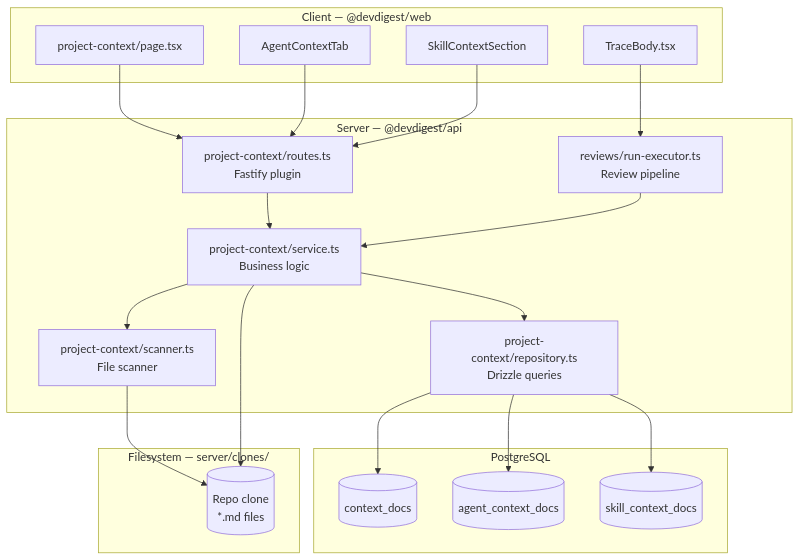
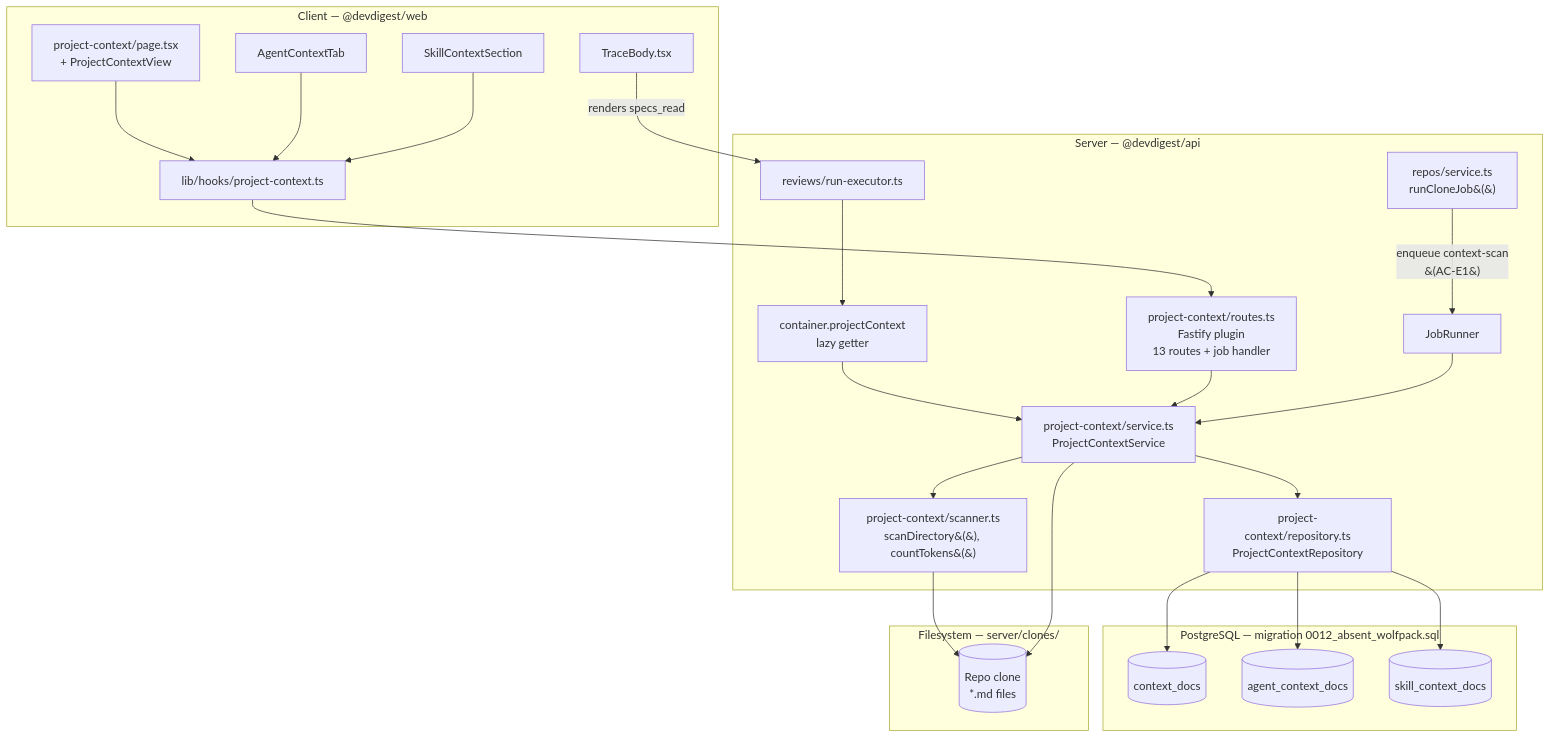
One commit to IevgenKuznetsov/dev-digest changed the first of 5 diagrams in server/docs/ProjectContext/README.md. Above: the diagram before and after it, drawn with Mermaid. The commit also changed other lines of this file and 18 other files, not shown here.

````diff
--- a/server/docs/ProjectContext/README.md
+++ b/server/docs/ProjectContext/README.md
@@ -19,43 +18,50 @@
 ```mermaid
 flowchart TD
     subgraph server["Server — @devdigest/api"]
-        routes["project-context/routes.ts\nFastify plugin"]
-        service["project-context/service.ts\nBusiness logic"]
-        scanner["project-context/scanner.ts\nFile scanner"]
-        repo["project-context/repository.ts\nDrizzle queries"]
-        executor["reviews/run-executor.ts\nReview pipeline"]
+        container["container.projectContext\nlazy getter"]
+        routes["project-context/routes.ts\nFastify plugin\n13 routes + job handler"]
+        service["project-context/service.ts\nProjectContextService"]
+        scanner["project-context/scanner.ts\nscanDirectory&#40;&#41;, countTokens&#40;&#41;"]
+        repo["project-context/repository.ts\nProjectContextRepository"]
+        executor["reviews/run-executor.ts"]
+        reposService["repos/service.ts\nrunCloneJob&#40;&#41;"]
 
+        container --> service
         routes --> service
         service --> scanner
         service --> repo
-        executor --> service
+        executor --> container
+        reposService -->|"enqueue context-scan\n&#40;AC-E1&#41;"| jobs["JobRunner"]
+        jobs --> service
     end
 
-    subgraph db["PostgreSQL"]
+    subgraph db["PostgreSQL — migration 0012_absent_wolfpack.sql"]
         context_docs[("context_docs")]
         agent_context_docs[("agent_context_docs")]
         skill_context_docs[("skill_context_docs")]
     end
 
     subgraph fs["Filesystem — server/clones/"]
         clone[("Repo clone\n*.md files")]
     end
 
     subgraph client["Client — @devdigest/web"]
-        page["project-context/page.tsx"]
-        agentTab["AgentContextTab"]
-        skillSection["SkillContextSection"]
-        traceBody["TraceBody.tsx"]
+        pc_page["project-context/page.tsx\n+ ProjectContextView"]
+        agent_tab["AgentContextTab"]
+        skill_section["SkillContextSection"]
+        trace_body["TraceBody.tsx"]
+        hooks["lib/hooks/project-context.ts"]
     end
 
     repo --> context_docs
     repo --> agent_context_docs
     repo --> skill_context_docs
     scanner --> clone
     service --> clone
 
-    page --> routes
-    agentTab --> routes
-    skillSection --> routes
-    traceBody --> executor
+    hooks --> routes
+    pc_page --> hooks
+    agent_tab --> hooks
+    skill_section --> hooks
+    trace_body -->|"renders specs_read"| executor
 ```
````
